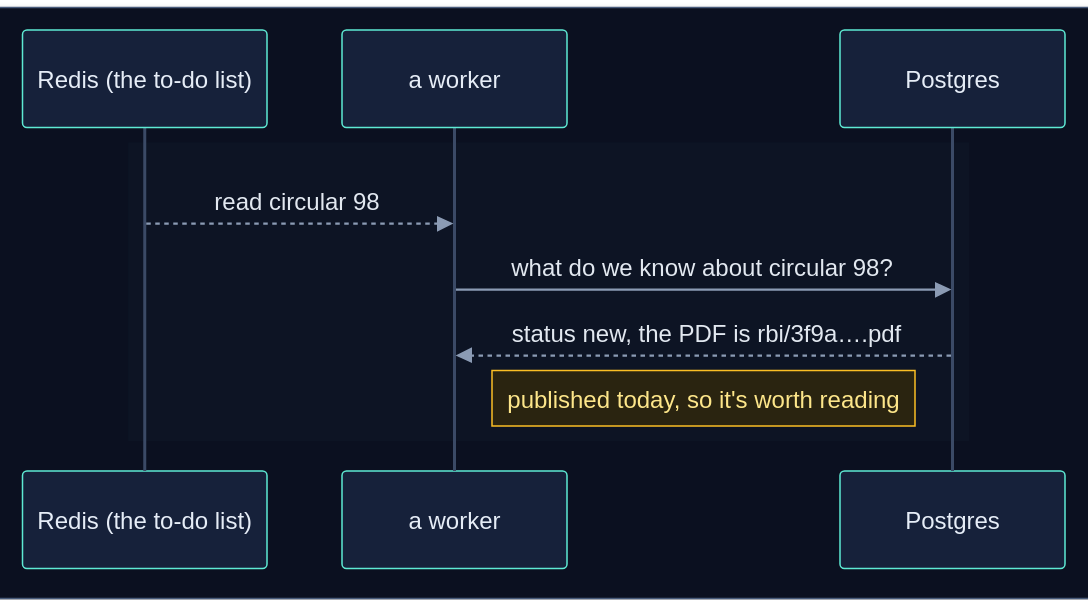
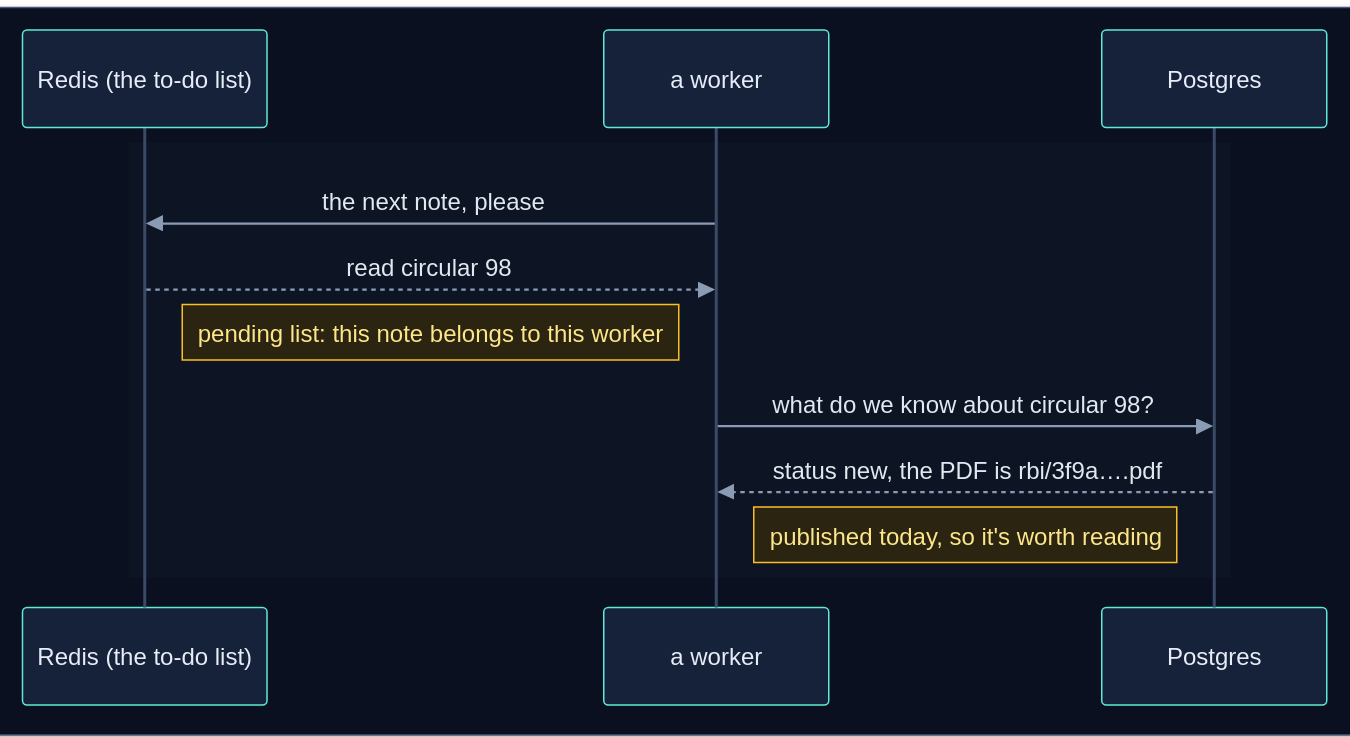
The seventh of 55 diagrams in how_it_works.md (selvakumarperumal/Regulatory_Circular_Impact_Agent), drawn with Mermaid before and after one commit. The commit also changed other lines of this file and 2 other files, not shown here.

````diff
--- a/how_it_works.md
+++ b/how_it_works.md
@@ -426,16 +430,18 @@
 ```mermaid
 %%{init: {"theme": "base", "sequence": {"diagramMarginX": 0, "diagramMarginY": 0}, "themeVariables": {"darkMode": true, "primaryColor": "#16213a", "primaryTextColor": "#e6edf7", "primaryBorderColor": "#475a7a", "lineColor": "#8b9bb4", "secondaryColor": "#1b2436", "tertiaryColor": "#101a2e", "edgeLabelBackground": "#0f172a", "textColor": "#e2e8f0", "actorBkg": "#16213a", "actorBorder": "#5eead4", "actorTextColor": "#e6edf7", "actorLineColor": "#3b4a66", "signalColor": "#8b9bb4", "signalTextColor": "#e2e8f0", "noteBkgColor": "#2a2410", "noteBorderColor": "#fbbf24", "noteTextColor": "#fde68a", "labelBoxBkgColor": "#1e293b", "labelBoxBorderColor": "#64748b", "labelTextColor": "#e2e8f0", "loopTextColor": "#c4b5fd", "sequenceNumberColor": "#0b1020", "activationBkgColor": "#1e293b"}}}%%
 sequenceDiagram
     box rgb(11, 16, 32)
         participant Q as Redis (the to-do list)
         participant K as a worker
         participant DB as Postgres
     end
 
     rect rgb(13, 20, 36)
+        K->>Q: the next note, please
         Q-->>K: read circular 98
+        Note right of Q: pending list: this note belongs to this worker
         K->>DB: what do we know about circular 98?
         DB-->>K: status new, the PDF is rbi/3f9a….pdf
         Note right of K: published today, so it's worth reading
     end
 ```
````
